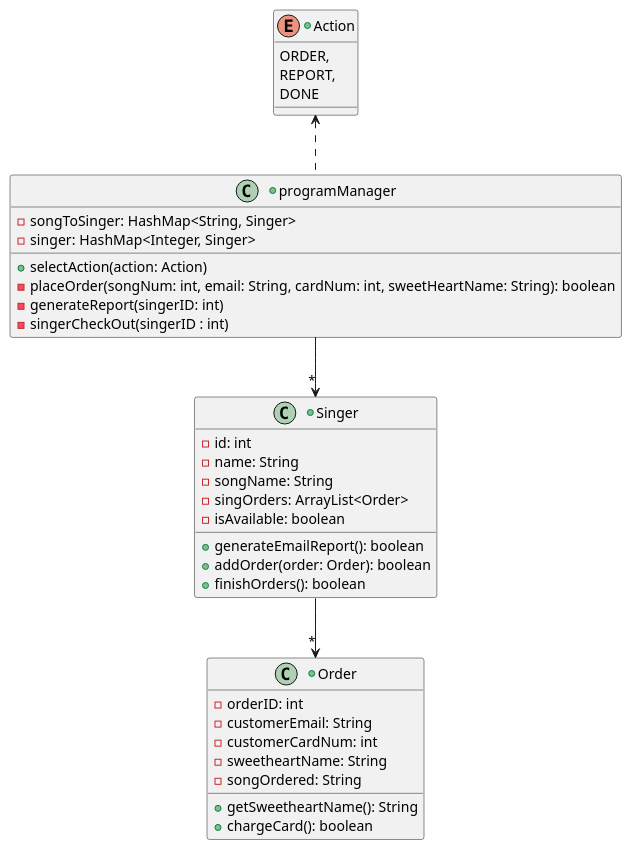
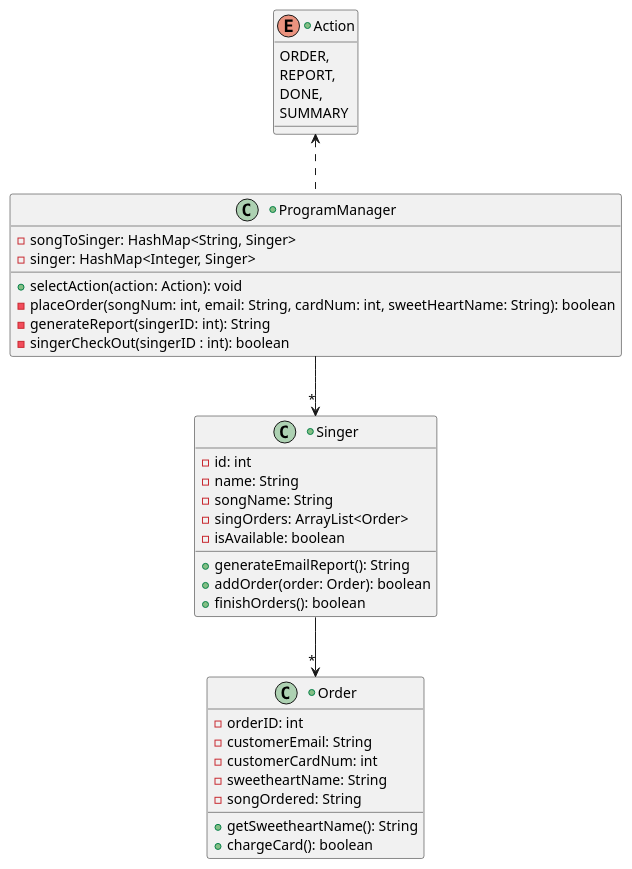
The diagram in src/Customer.puml (pjc0210/csse374-hw1), drawn with PlantUML before and after one commit. The commit also changed 4 other files, not shown here.

```diff
--- a/src/Customer.puml
+++ b/src/Customer.puml
@@ -1,43 +1,44 @@
 @startuml
 'https://plantuml.com/class-diagram
 
-+class programManager {
++class ProgramManager {
     - songToSinger: HashMap<String, Singer>
     - singer: HashMap<Integer, Singer>
-    + selectAction(action: Action)
+    + selectAction(action: Action): void
     - placeOrder(songNum: int, email: String, cardNum: int, sweetHeartName: String): boolean
-    - generateReport(singerID: int)
-    - singerCheckOut(singerID : int)
+    - generateReport(singerID: int): String
+    - singerCheckOut(singerID : int): boolean
 }
 
 +class Order {
     - orderID: int
     - customerEmail: String
     - customerCardNum: int
     - sweetheartName: String
     - songOrdered: String
     + getSweetheartName(): String
     + chargeCard(): boolean
 }
 
 +class Singer {
     - id: int
     - name: String
     - songName: String
     - singOrders: ArrayList<Order>
     - isAvailable: boolean
-    + generateEmailReport(): boolean
+    + generateEmailReport(): String
     + addOrder(order: Order): boolean
     + finishOrders(): boolean
 }
 
 +enum Action {
     ORDER,
     REPORT,
-    DONE
+    DONE,
+    SUMMARY
 }
 
-programManager .u.> Action
-programManager -->"*" Singer
+ProgramManager .u.> Action
+ProgramManager -->"*" Singer
 Singer -->"*"Order
 @enduml
```
